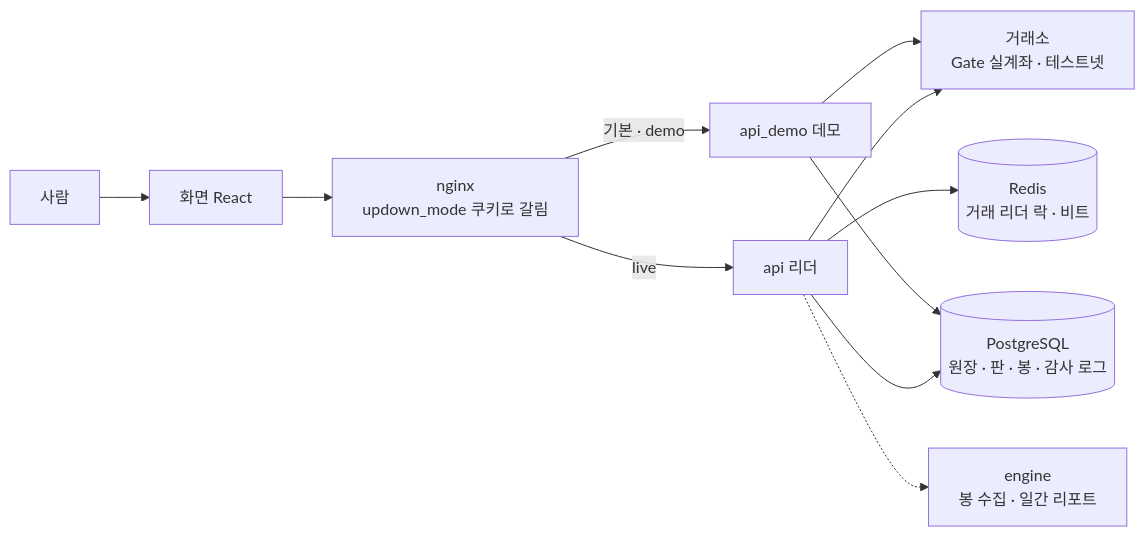
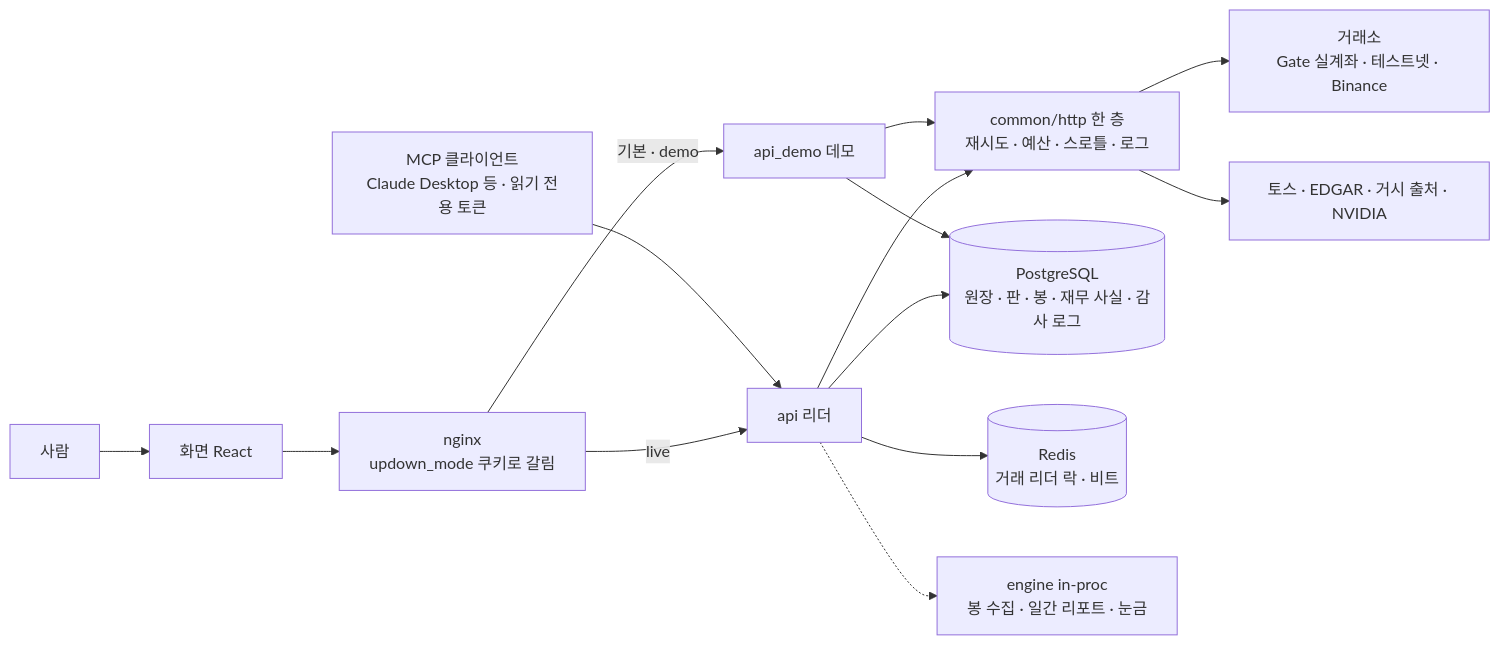
Before and after one commit to ericsj1998/up_and_down_invest_public: the diagram in docs/architecture/README.md, drawn with Mermaid. The commit also changed 2 other files, not shown here.

Commit message:
다이어그램 전면 갱신 — 개념 ERD(주식 페이퍼 계좌 · 재무 사실 · 토큰 · 대화 · 소프트 삭제 열) · 기술 ERD 2.2(36 표 · 이메일 매임 · financial_facts · api_tokens · chat_threads · role/grants) · 시퀀스 3.1(주식 · 달력 · 층 · step_ms) · 3.2 메모 · 새 3.5 AI 채팅 한 턴 · 3.6 바깥 호출 한 층 · 스윔레인 4.1 · 플로우차트 §5 · README 3개 동기화 · 런타임 한 장 그림 · 설계 색인 층 그림 (사용자 요청)

(일부 식별자는 비공개 매매법 이름이라 가렸다)

Source-Commit: d2cfef6a81bc

````diff
--- a/docs/architecture/README.md
+++ b/docs/architecture/README.md
@@ -46,12 +46,15 @@
 ```mermaid
 flowchart LR
     U[사람] --> W[화면 React] --> N[nginx<br/>updown_mode 쿠키로 갈림]
     N -->|live| A[api 리더]
     N -->|기본 · demo| D[api_demo 데모]
-    A --> X[거래소<br/>Gate 실계좌 · 테스트넷]
-    D --> X
-    A --> P[(PostgreSQL<br/>원장 · 판 · 봉 · 감사 로그)]
+    M[MCP 클라이언트<br/>Claude Desktop 등 · 읽기 전용 토큰] --> A
+    A --> O[common/http 한 층<br/>재시도 · 예산 · 스로틀 · 로그]
+    D --> O
+    O --> X[거래소<br/>Gate 실계좌 · 테스트넷 · Binance]
+    O --> T[토스 · EDGAR · 거시 출처 · NVIDIA]
+    A --> P[(PostgreSQL<br/>원장 · 판 · 봉 · 재무 사실 · 감사 로그)]
     D --> P
     A --> R[(Redis<br/>거래 리더 락 · 비트)]
-    A -.-> E[engine<br/>봉 수집 · 일간 리포트]
+    A -.-> E[engine in-proc<br/>봉 수집 · 일간 리포트 · 눈금]
 ```
````
